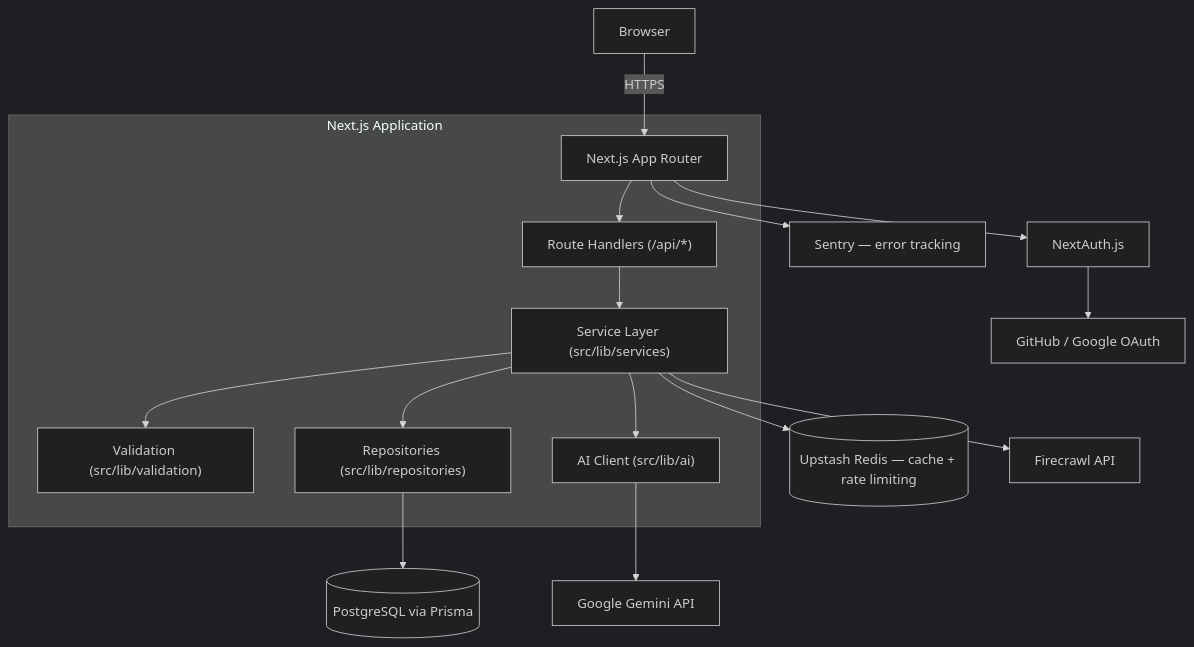
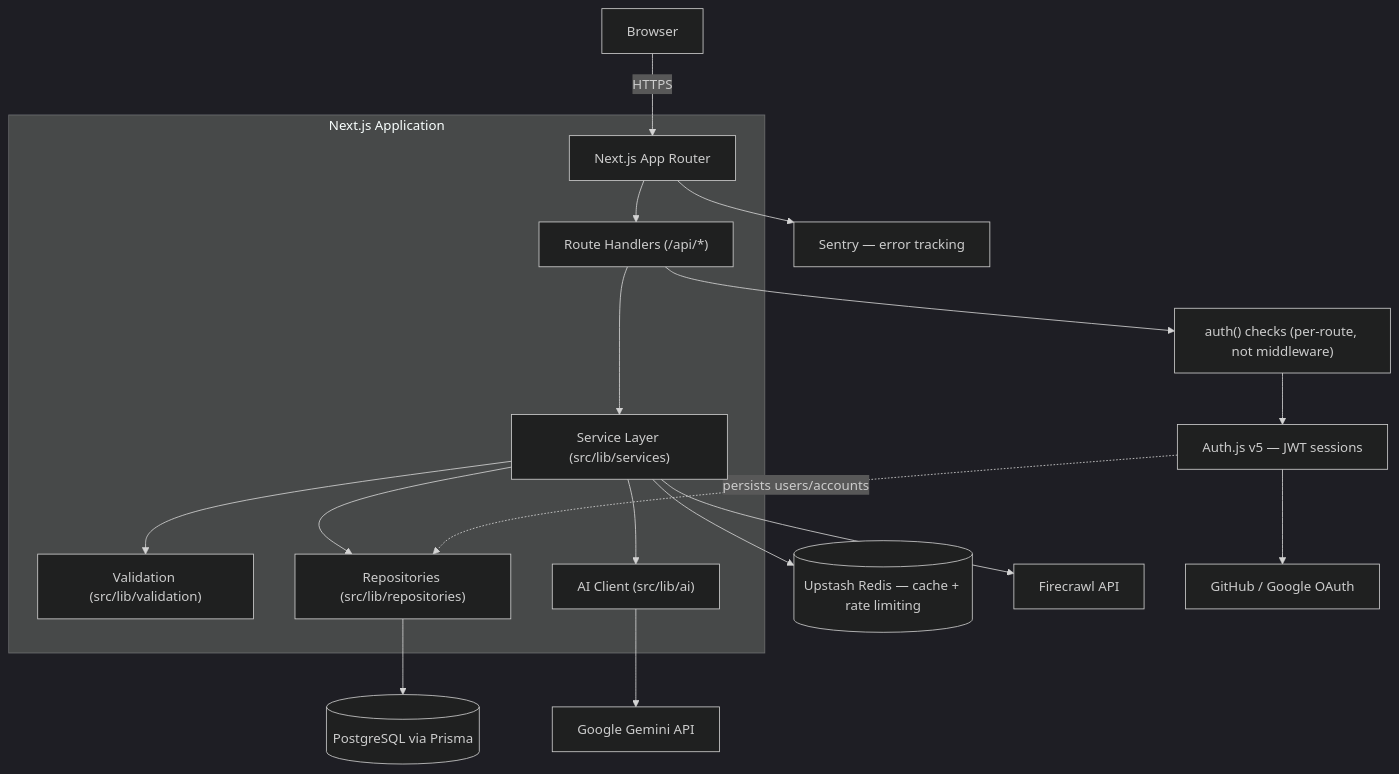
The diagram in docs/architecture.md (Zephyrex21/chatsite-ai), drawn with Mermaid (dark theme) before and after one commit. The commit also changed 23 other files, not shown here.

````diff
--- a/docs/architecture.md
+++ b/docs/architecture.md
@@ -5,22 +5,24 @@
 ```mermaid
 flowchart TD
     User[Browser] -->|HTTPS| Next[Next.js App Router]
 
     subgraph Next.js Application
         Next --> Routes["Route Handlers (/api/*)"]
         Routes --> Services["Service Layer (src/lib/services)"]
         Services --> Validation["Validation (src/lib/validation)"]
         Services --> Repos["Repositories (src/lib/repositories)"]
         Services --> AI["AI Client (src/lib/ai)"]
     end
 
     Repos --> DB[(PostgreSQL via Prisma)]
     Services --> Cache[(Upstash Redis — cache + rate limiting)]
     AI --> Gemini[Google Gemini API]
     Services --> Firecrawl[Firecrawl API]
 
-    Next --> Auth[NextAuth.js]
-    Auth --> OAuth[GitHub / Google OAuth]
+    Routes --> Auth["auth() checks (per-route, not middleware)"]
+    Auth --> AuthJs[Auth.js v5 — JWT sessions]
+    AuthJs --> OAuth[GitHub / Google OAuth]
+    AuthJs -.persists users/accounts.-> Repos
 
     Next --> Sentry[Sentry — error tracking]
 ```
````
